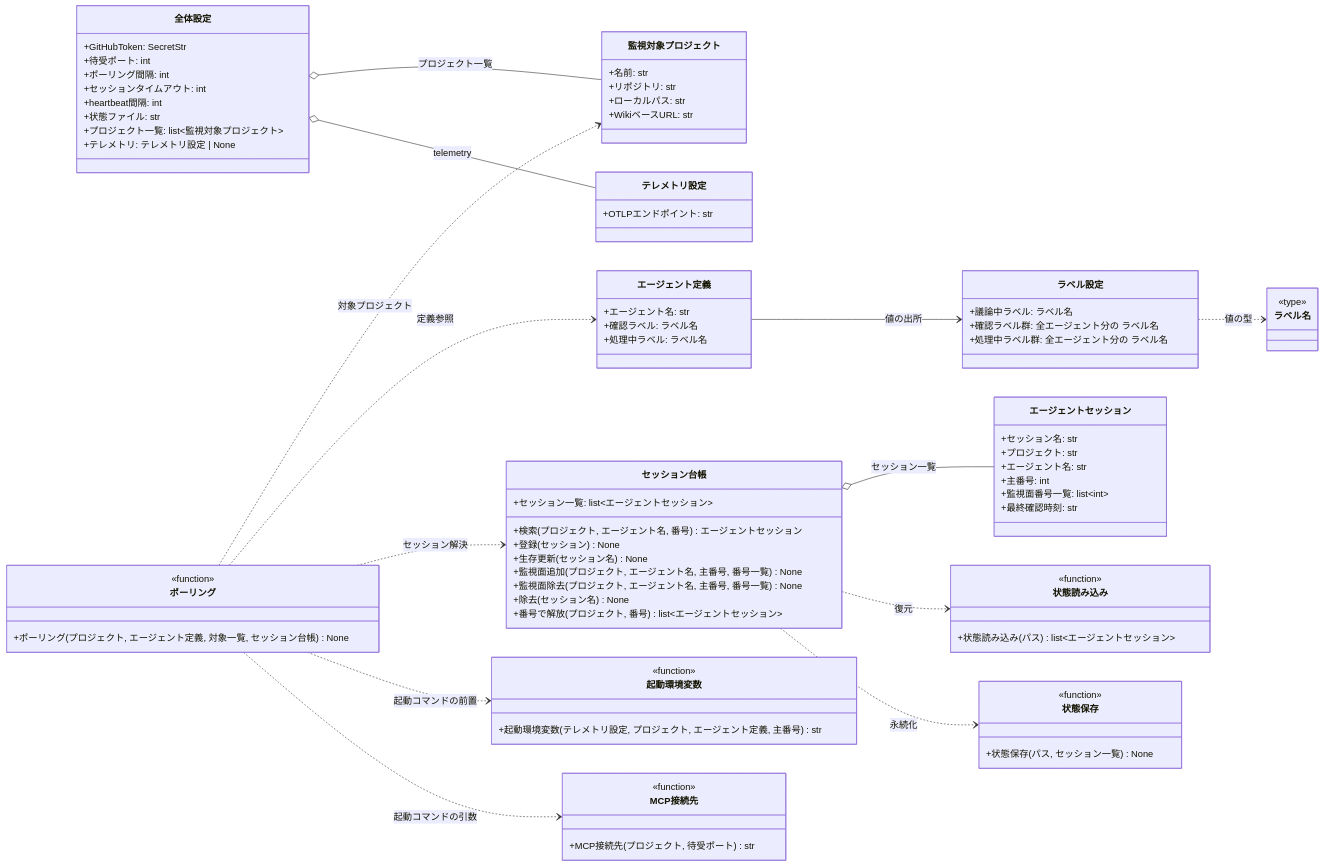
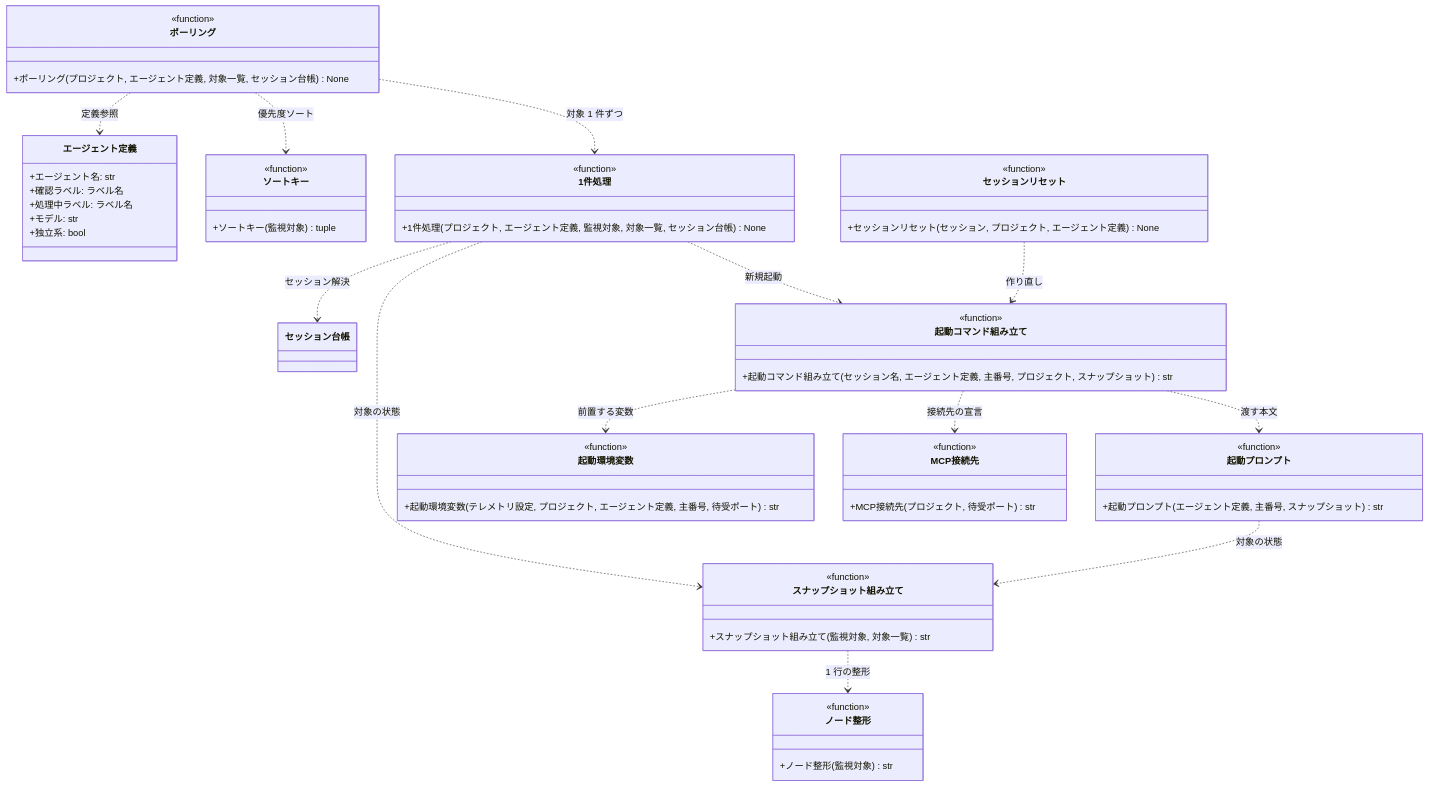
The fourth of 5 diagrams in docs/wiki/設計図/モジュール構成/モニター/エージェント管理.py.md (shuhei1101/ai-monitor), drawn with Mermaid before and after one commit. The commit also changed other lines of this file and 80 other files, not shown here.

````diff
--- a/docs/wiki/設計図/モジュール構成/モニター/エージェント管理.py.md
+++ b/docs/wiki/設計図/モジュール構成/モニター/エージェント管理.py.md
@@ -99,101 +212,79 @@
 ```mermaid
 classDiagram
-  direction LR
-  エージェント定義 --> ラベル設定 : 値の出所
-  ラベル設定 ..> ラベル名 : 値の型
-  全体設定 o-- 監視対象プロジェクト : プロジェクト一覧
-  全体設定 o-- テレメトリ設定 : telemetry
-  ポーリング ..> 監視対象プロジェクト : 対象プロジェクト
+  direction TD
   ポーリング ..> エージェント定義 : 定義参照
-  ポーリング ..> セッション台帳 : セッション解決
-  ポーリング ..> 起動環境変数 : 起動コマンドの前置
-  ポーリング ..> MCP接続先 : 起動コマンドの引数
-  セッション台帳 o-- エージェントセッション : セッション一覧
-  セッション台帳 ..> 状態読み込み : 復元
-  セッション台帳 ..> 状態保存 : 永続化
+  ポーリング ..> ソートキー : 優先度ソート
+  ポーリング ..> 1件処理 : 対象 1 件ずつ
+  1件処理 ..> セッション台帳 : セッション解決
+  1件処理 ..> スナップショット組み立て : 対象の状態
+  1件処理 ..> 起動コマンド組み立て : 新規起動
+  セッションリセット ..> 起動コマンド組み立て : 作り直し
+  起動コマンド組み立て ..> 起動環境変数 : 前置する変数
+  起動コマンド組み立て ..> MCP接続先 : 接続先の宣言
+  起動コマンド組み立て ..> 起動プロンプト : 渡す本文
+  起動プロンプト ..> スナップショット組み立て : 対象の状態
+  スナップショット組み立て ..> ノード整形 : 1 行の整形
 
-  class 全体設定 {
-    +GitHubToken: SecretStr
-    +待受ポート: int
-    +ポーリング間隔: int
-    +セッションタイムアウト: int
-    +heartbeat間隔: int
-    +状態ファイル: str
-    +プロジェクト一覧: list~監視対象プロジェクト~
-    +テレメトリ: テレメトリ設定 | None
+  class ポーリング {
+    <<function>>
+    +ポーリング(プロジェクト, エージェント定義, 対象一覧, セッション台帳) None
   }
-  class テレメトリ設定 {
-    +OTLPエンドポイント: str
+  class ソートキー {
+    <<function>>
+    +ソートキー(監視対象) tuple
+  }
+  class 1件処理 {
+    <<function>>
+    +1件処理(プロジェクト, エージェント定義, 監視対象, 対象一覧, セッション台帳) None
+  }
+  class スナップショット組み立て {
+    <<function>>
+    +スナップショット組み立て(監視対象, 対象一覧) str
+  }
+  class ノード整形 {
+    <<function>>
+    +ノード整形(監視対象) str
+  }
+  class 起動コマンド組み立て {
+    <<function>>
+    +起動コマンド組み立て(セッション名, エージェント定義, 主番号, プロジェクト, スナップショット) str
+  }
+  class 起動プロンプト {
+    <<function>>
+    +起動プロンプト(エージェント定義, 主番号, スナップショット) str
   }
   class 起動環境変数 {
     <<function>>
-    +起動環境変数(テレメトリ設定, プロジェクト, エージェント定義, 主番号) str
+    +起動環境変数(テレメトリ設定, プロジェクト, エージェント定義, 主番号, 待受ポート) str
   }
   class MCP接続先 {
     <<function>>
     +MCP接続先(プロジェクト, 待受ポート) str
   }
-  class 監視対象プロジェクト {
-    +名前: str
-    +リポジトリ: str
-    +ローカルパス: str
-    +WikiベースURL: str
+  class セッションリセット {
+    <<function>>
+    +セッションリセット(セッション, プロジェクト, エージェント定義) None
   }
   class エージェント定義 {
     +エージェント名: str
     +確認ラベル: ラベル名
     +処理中ラベル: ラベル名
-  }
-  class ラベル設定 {
-    +議論中ラベル: ラベル名
-    +確認ラベル群: 全エージェント分の ラベル名
-    +処理中ラベル群: 全エージェント分の ラベル名
-  }
-  class ラベル名 {
-    <<type>>
-  }
-  class ポーリング {
-    <<function>>
-    +ポーリング(プロジェクト, エージェント定義, 対象一覧, セッション台帳) None
-  }
-  class エージェントセッション {
-    +セッション名: str
-    +プロジェクト: str
-    +エージェント名: str
-    +主番号: int
-    +監視面番号一覧: list~int~
-    +最終確認時刻: str
+    +モデル: str
+    +独立系: bool
   }
   class セッション台帳 {
-    +セッション一覧: list~エージェントセッション~
-    +検索(プロジェクト, エージェント名, 番号) エージェントセッション
-    +登録(セッション) None
-    +生存更新(セッション名) None
-    +監視面追加(プロジェクト, エージェント名, 主番号, 番号一覧) None
-    +監視面除去(プロジェクト, エージェント名, 主番号, 番号一覧) None
-    +除去(セッション名) None
-    +番号で解放(プロジェクト, 番号) list~エージェントセッション~
-  }
-  class 状態読み込み {
-    <<function>>
-    +状態読み込み(パス) list~エージェントセッション~
-  }
-  class 状態保存 {
-    <<function>>
-    +状態保存(パス, セッション一覧) None
   }
 
-  click 全体設定 href "#全体設定"
-  click テレメトリ設定 href "#テレメトリ設定"
+  click ポーリング href "#ポーリング"
+  click ソートキー href "#ソートキー"
+  click 1件処理 href "#1-件処理"
+  click スナップショット組み立て href "#スナップショット組み立て"
+  click ノード整形 href "#ノード整形"
+  click 起動コマンド組み立て href "#起動コマンド組み立て"
+  click 起動プロンプト href "#起動プロンプト"
   click 起動環境変数 href "#起動環境変数"
   click MCP接続先 href "#mcp接続先"
-  click 監視対象プロジェクト href "#監視対象プロジェクト"
+  click セッションリセット href "#セッションリセット"
   click エージェント定義 href "#エージェント定義"
-  click ラベル設定 href "#ラベル設定"
-  click ラベル名 href "#ラベル名"
-  click ポーリング href "#ポーリング"
-  click エージェントセッション href "#エージェントセッション"
   click セッション台帳 href "#セッション台帳"
-  click 状態読み込み href "#状態読み込み"
-  click 状態保存 href "#状態保存"
 ```
````
